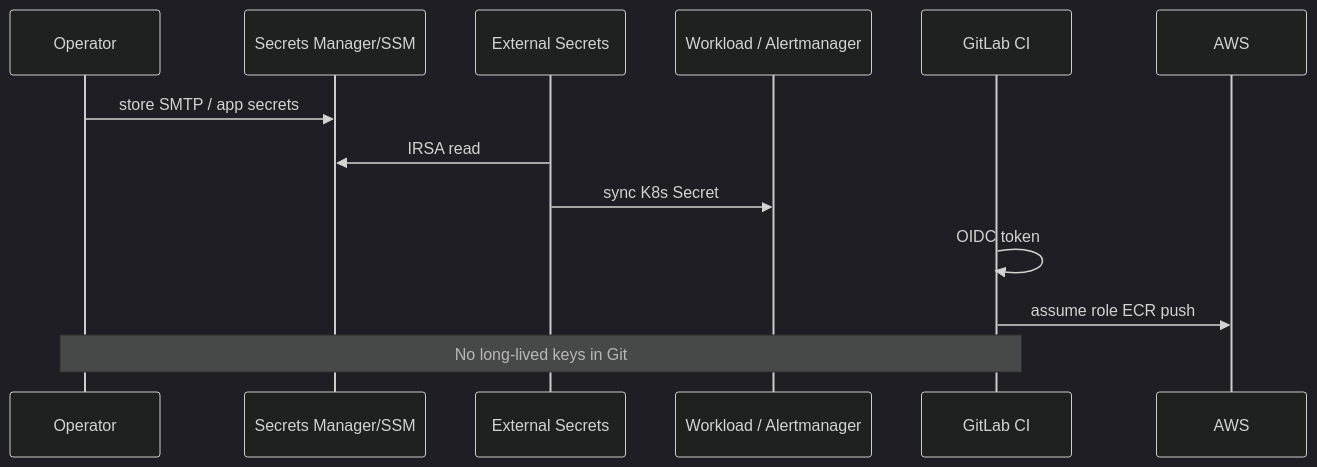
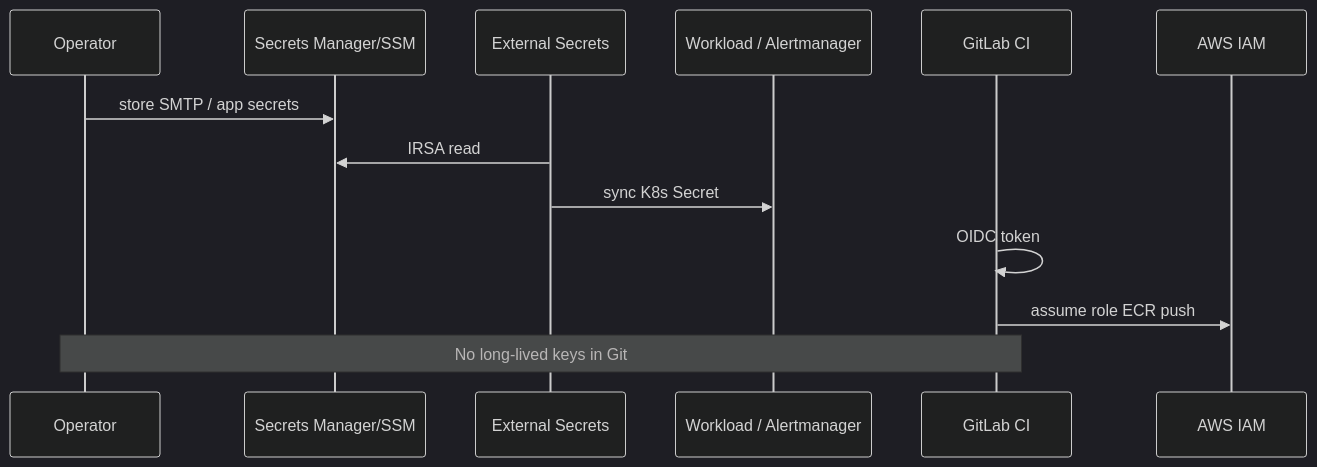
One commit to btilki/boutique-eks-gitops changed the fourth of 5 diagrams in docs/architecture/04-data-flows.md. Above: the diagram before and after it, drawn with Mermaid (dark theme). The commit also changed other lines of this file and 1 other file, not shown here.

First line of the commit message:
docs: fix Mermaid data-flow sequence for GitHub render

````diff
--- a/docs/architecture/04-data-flows.md
+++ b/docs/architecture/04-data-flows.md
@@ -79,15 +79,16 @@
 ```mermaid
 sequenceDiagram
   participant Human as Operator
   participant SM as Secrets Manager/SSM
   participant ESO as External Secrets
   participant Pod as Workload / Alertmanager
   participant CI as GitLab CI
+  participant AWS as AWS IAM
 
   Human->>SM: store SMTP / app secrets
   ESO->>SM: IRSA read
   ESO->>Pod: sync K8s Secret
   CI->>CI: OIDC token
   CI->>AWS: assume role ECR push
   Note over Human,CI: No long-lived keys in Git
 ```
````
